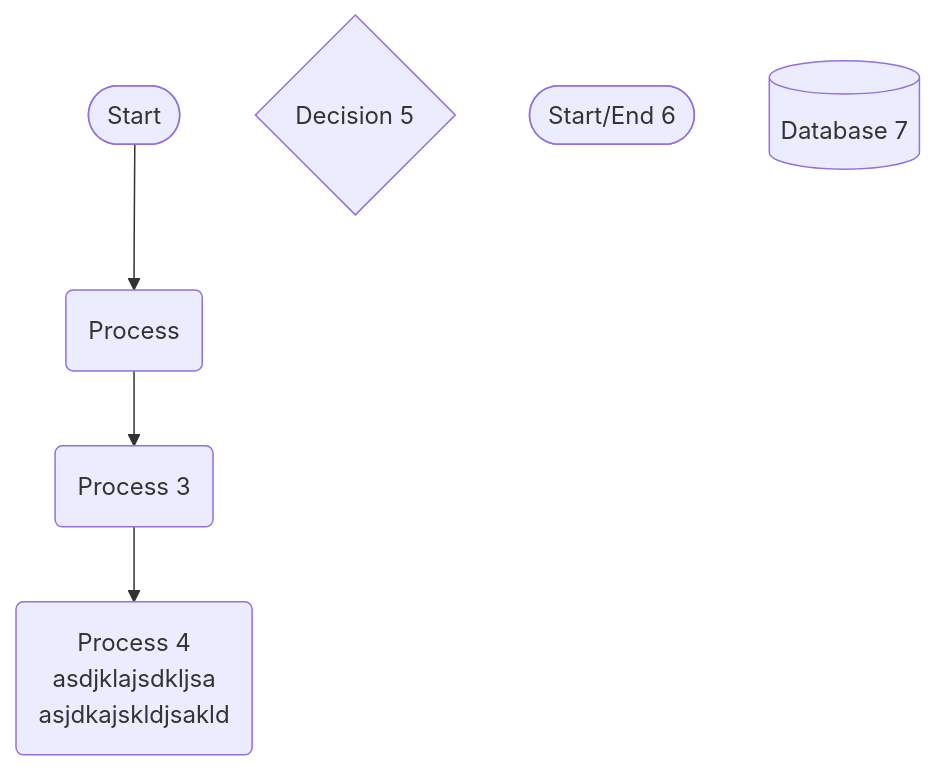
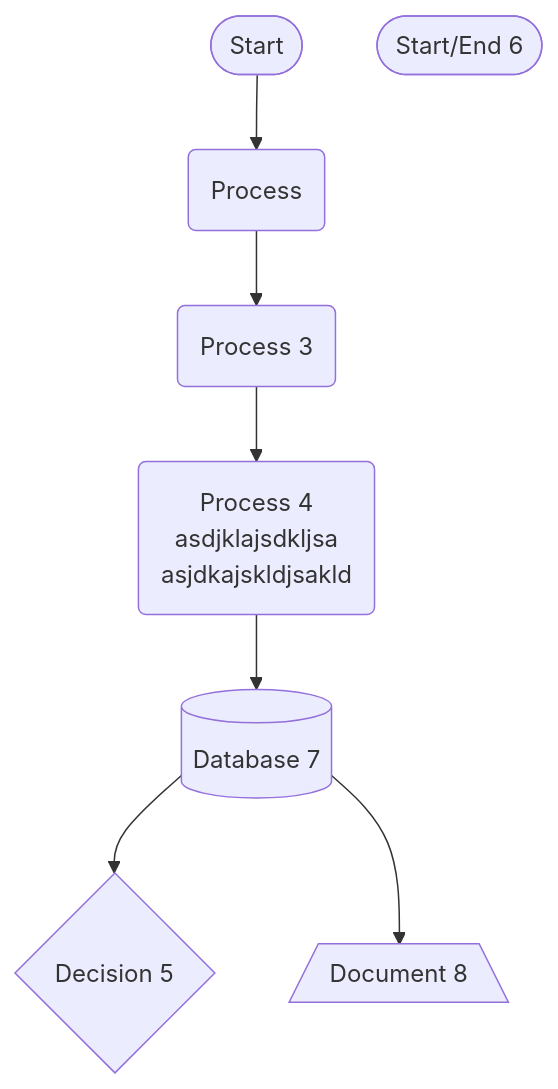
One commit to pingpm/mermaid_vault changed the diagram in mmd/123_00e3f246-5066-4958-84cc-78f12f89cdf9.mmd. Above: the diagram before and after it, drawn with Mermaid. The commit also changed 3 other files, not shown here.

Commit message:
Sync Mermaid Studio data (18 diagrams)

```diff
--- a/mmd/123_00e3f246-5066-4958-84cc-78f12f89cdf9.mmd
+++ b/mmd/123_00e3f246-5066-4958-84cc-78f12f89cdf9.mmd
@@ -1,11 +1,15 @@
 flowchart TD
   n_0(["Start"])
   n_1("Process")
   n_2("Process 3")
   n_3("Process 4<br/>asdjklajsdkljsa<br/>asjdkajskldjsakld")
   n_4{"Decision 5"}
   n_5(["Start/End 6"])
   n_6[("Database 7")]
+  n_7[/"Document 8"\]
   n_0 --> n_1
   n_2 --> n_3
   n_1 --> n_2
+  n_3 --> n_6
+  n_6 --> n_4
+  n_6 --> n_7
```
